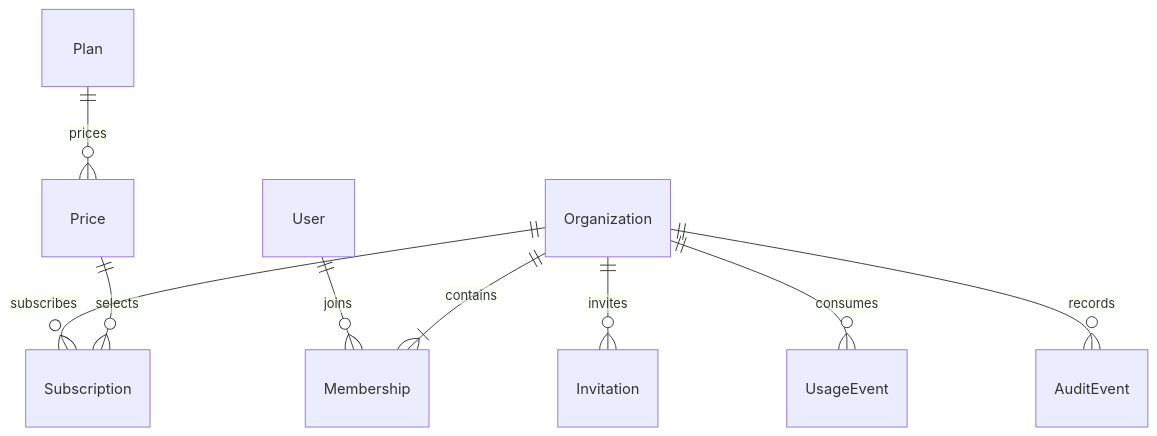
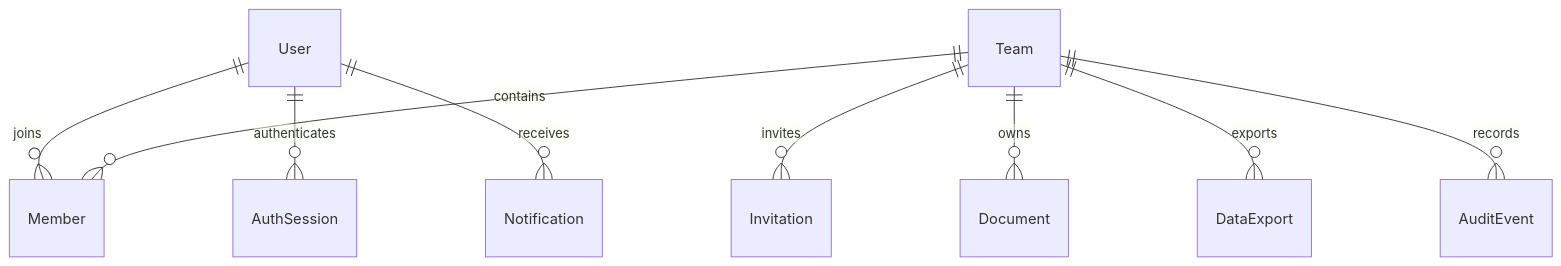
The diagram in features/00-architecture.md (lucas-berg/rails_api_template), drawn with Mermaid before and after one commit. The commit also changed other lines of this file and 23 other files, not shown here.

````diff
--- a/features/00-architecture.md
+++ b/features/00-architecture.md
@@ -7,11 +7,11 @@
 ```mermaid
 erDiagram
-  User ||--o{ Membership : joins
-  Organization ||--|{ Membership : contains
-  Organization ||--o{ Invitation : invites
-  Organization ||--o{ Subscription : subscribes
-  Plan ||--o{ Price : prices
-  Price ||--o{ Subscription : selects
-  Organization ||--o{ UsageEvent : consumes
-  Organization ||--o{ AuditEvent : records
+  User ||--o{ Member : joins
+  Team ||--o{ Member : contains
+  Team ||--o{ Invitation : invites
+  Team ||--o{ Document : owns
+  Team ||--o{ DataExport : exports
+  Team ||--o{ AuditEvent : records
+  User ||--o{ AuthSession : authenticates
+  User ||--o{ Notification : receives
 ```
````
